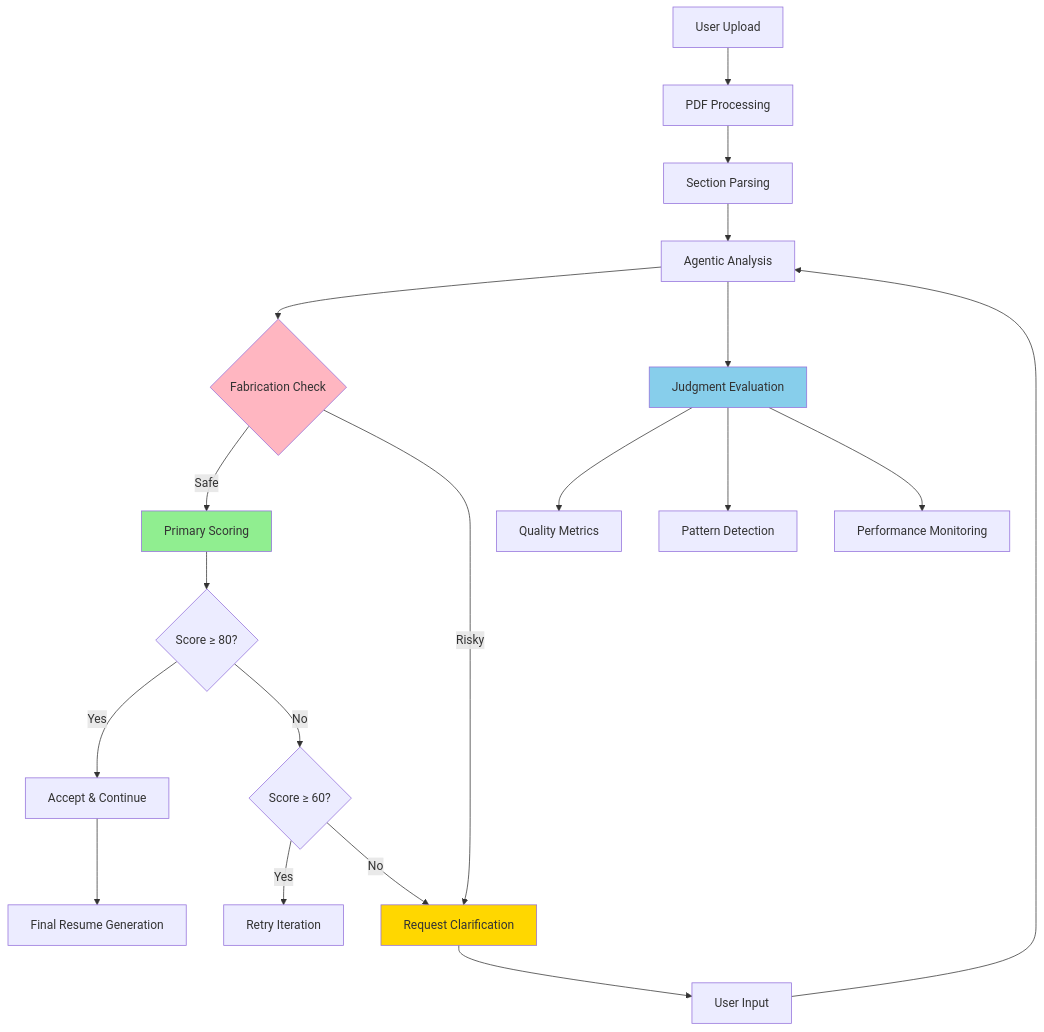
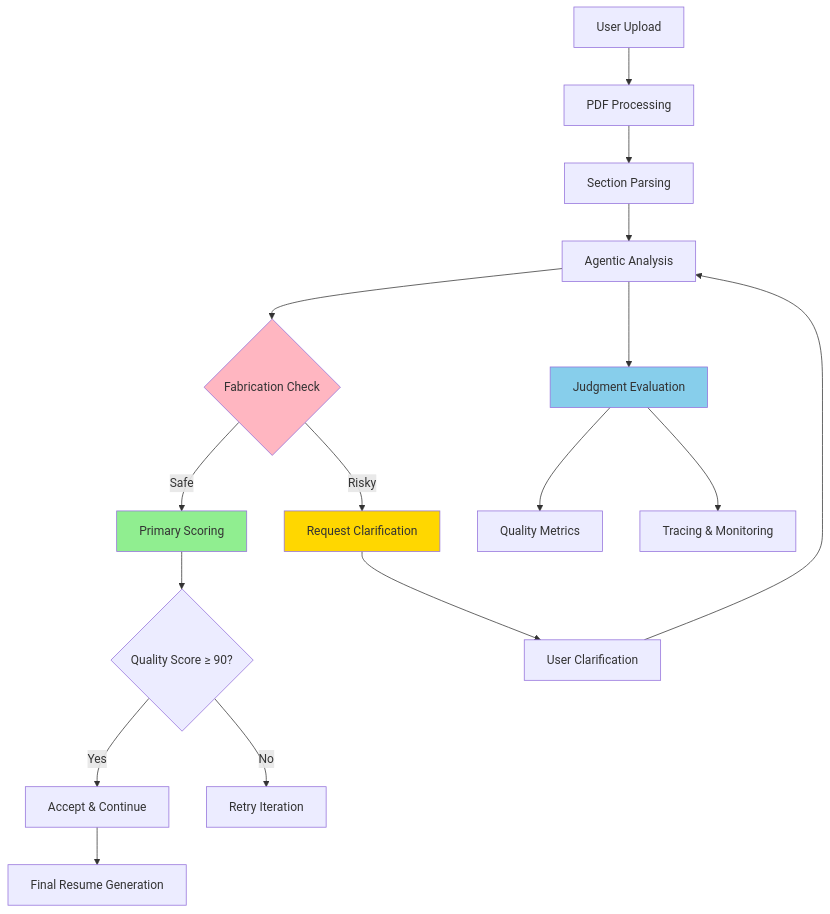
Before and after one commit to prajwalun/resume-critic: the diagram in README.md, drawn with Mermaid. The commit also changed other lines of this file and 8 other files, not shown here.

````diff
--- a/README.md
+++ b/README.md
@@ -48,30 +43,27 @@
 ```mermaid
 graph TD
     A[User Upload] --> B[PDF Processing]
     B --> C[Section Parsing]
     C --> D[Agentic Analysis]
     
     D --> E{Fabrication Check}
     E -->|Safe| F[Primary Scoring]
     E -->|Risky| G[Request Clarification]
     
-    F --> H{Score ≥ 80?}
+    F --> H{Quality Score ≥ 90?}
     H -->|Yes| I[Accept & Continue]
-    H -->|No| J{Score ≥ 60?}
-    J -->|Yes| K[Retry Iteration]
-    J -->|No| G
+    H -->|No| J[Retry Iteration]
     
     D --> L[Judgment Evaluation]
     L --> M[Quality Metrics]
-    L --> N[Pattern Detection]
-    L --> O[Performance Monitoring]
+    L --> N[Tracing & Monitoring]
     
     I --> P[Final Resume Generation]
-    G --> Q[User Input] 
+    G --> Q[User Clarification] 
     Q --> D
     
     style E fill:#FFB6C1
     style F fill:#90EE90
     style L fill:#87CEEB
     style G fill:#FFD700
 ```
````
